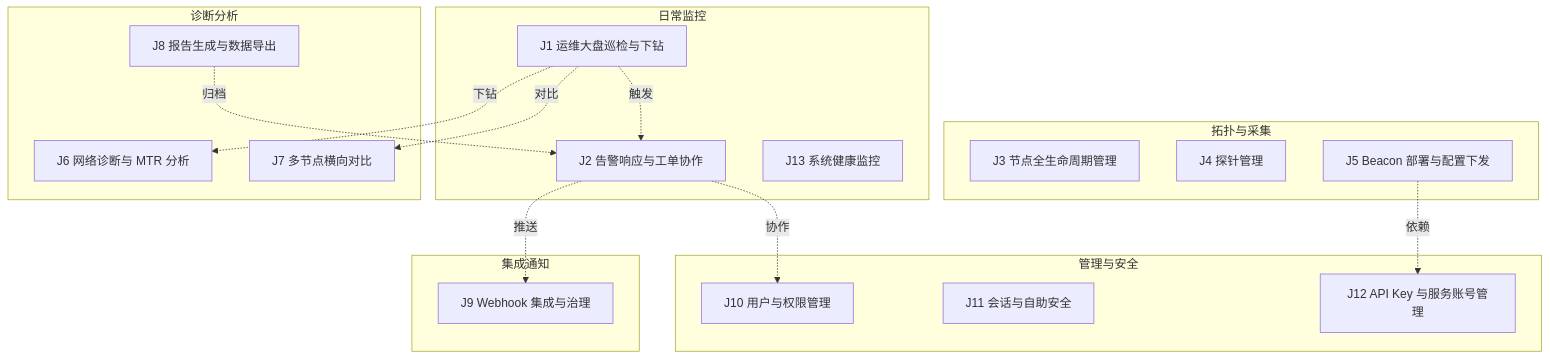
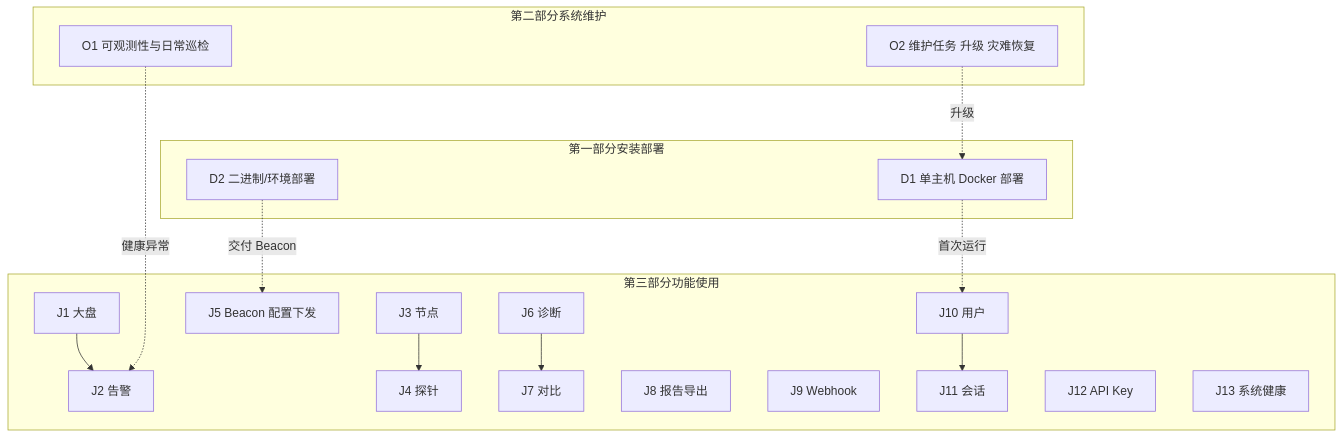
One commit to whg517/node-pulse changed the first of 5 diagrams in docs/user-journey.md. Above: the diagram before and after it, drawn with Mermaid. The commit also changed other lines of this file, not shown here.

````diff
--- a/docs/user-journey.md
+++ b/docs/user-journey.md
@@ -102,34 +115,27 @@
 ```mermaid
 graph TD
-    subgraph 日常监控
-        J1[J1 运维大盘巡检与下钻]
-        J2[J2 告警响应与工单协作]
-        J13[J13 系统健康监控]
+    subgraph 第一部分安装部署
+        D1[D1 单主机 Docker 部署]
+        D2[D2 二进制/环境部署]
     end
-    subgraph 拓扑与采集
-        J3[J3 节点全生命周期管理]
-        J4[J4 探针管理]
-        J5[J5 Beacon 部署与配置下发]
+    subgraph 第二部分系统维护
+        O1[O1 可观测性与日常巡检]
+        O2[O2 维护任务 升级 灾难恢复]
     end
-    subgraph 诊断分析
-        J6[J6 网络诊断与 MTR 分析]
-        J7[J7 多节点横向对比]
-        J8[J8 报告生成与数据导出]
-    end
-    subgraph 集成通知
-        J9[J9 Webhook 集成与治理]
-    end
-    subgraph 管理与安全
-        J10[J10 用户与权限管理]
-        J11[J11 会话与自助安全]
-        J12[J12 API Key 与服务账号管理]
+    subgraph 第三部分功能使用
+        J1[J1 大盘] --> J2[J2 告警]
+        J3[J3 节点] --> J4[J4 探针]
+        J5[J5 Beacon 配置下发]
+        J6[J6 诊断] --> J7[J7 对比]
+        J8[J8 报告导出]
+        J9[J9 Webhook]
+        J10[J10 用户] --> J11[J11 会话]
+        J12[J12 API Key]
+        J13[J13 系统健康]
     end
 
-    J1 -.触发.-> J2
-    J1 -.下钻.-> J6
-    J1 -.对比.-> J7
-    J2 -.协作.-> J10
-    J5 -.依赖.-> J12
-    J2 -.推送.-> J9
-    J8 -.归档.-> J2
+    D1 -.首次运行.-> J10
+    D2 -.交付 Beacon.-> J5
+    O1 -.健康异常.-> J2
+    O2 -.升级.-> D1
 ```
````
